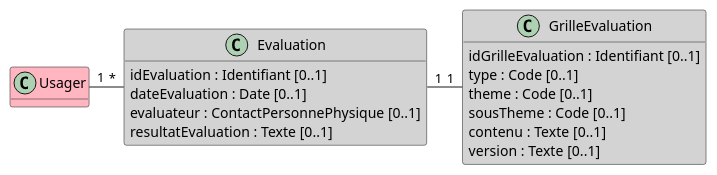
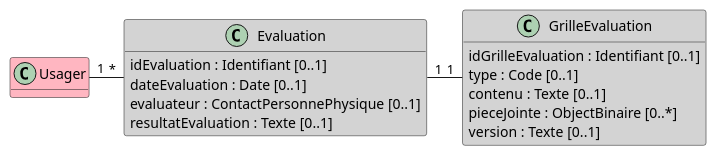
The diagram in input/images-source/bloc_evaluation.plantuml (ansforge/IG-fhir-transfert-donnees-dui-esms), drawn with PlantUML before and after one commit. The commit also changed 19 other files, not shown here.

```diff
--- a/input/images-source/bloc_evaluation.plantuml
+++ b/input/images-source/bloc_evaluation.plantuml
@@ -1,26 +1,25 @@
 @startuml
 
 hide empty methods
 
 class Usager #LightPink
 
 class Evaluation #LightGray {
     idEvaluation : Identifiant [0..1]
     dateEvaluation : Date [0..1]
     evaluateur : ContactPersonnePhysique [0..1]
     resultatEvaluation : Texte [0..1]
 }
 
 class GrilleEvaluation #LightGray {
     idGrilleEvaluation : Identifiant [0..1]
     type : Code [0..1]
-    theme : Code [0..1]
-    sousTheme : Code [0..1]
     contenu : Texte [0..1]
+    pieceJointe : ObjectBinaire [0..*]
     version : Texte [0..1]
 }
 
 Usager "1" - "*" Evaluation
 Evaluation "1" - "1" GrilleEvaluation
 
 @enduml
```
